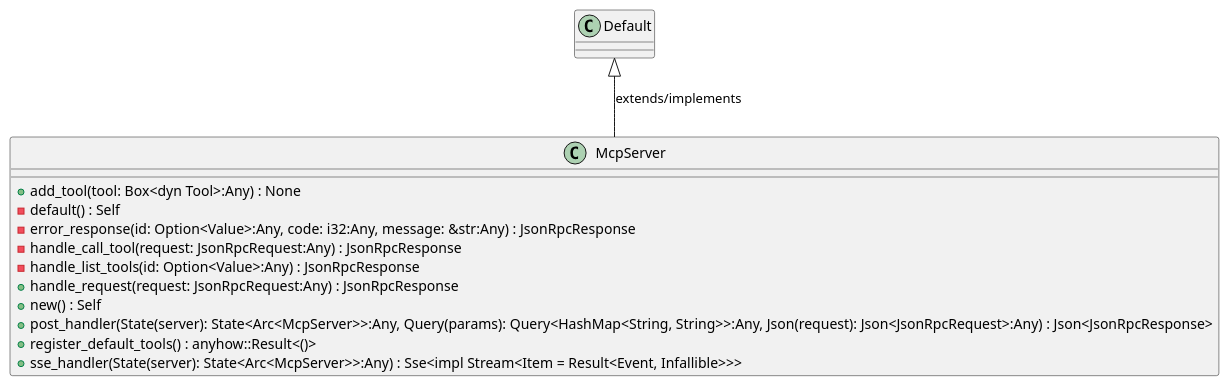
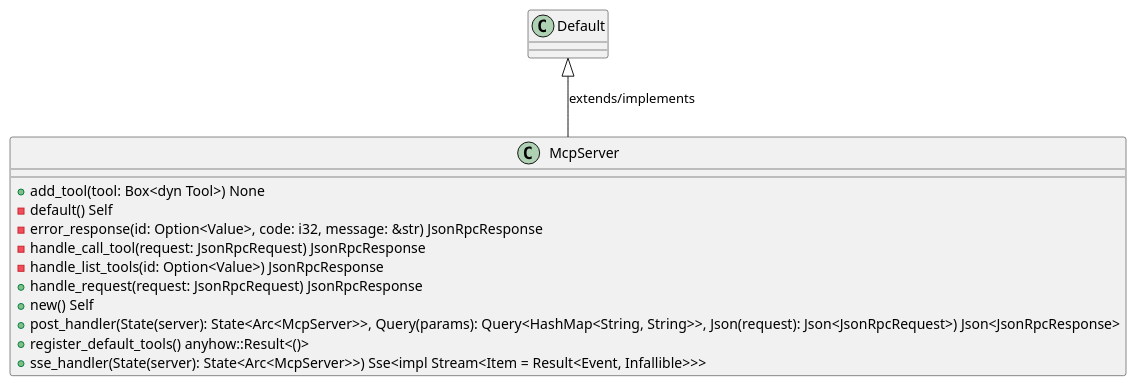
Before and after one commit to lgcorzo/rust_CACD_autonomous_factory: the first of 6 diagrams in openwiki/crates_factory_mcp_server_src_lib.md, drawn with PlantUML. The commit also changed other lines of this file and 97 other files, not shown here.

First line of the commit message:
Fix Rust AST parsing for method and function parameters, and update OKF UML frontmatter

````diff
--- a/openwiki/crates_factory_mcp_server_src_lib.md
+++ b/openwiki/crates_factory_mcp_server_src_lib.md
@@ -239,18 +244,18 @@
 ```plantuml
 @startuml
 class McpServer {
-    +add_tool(tool: Box<dyn Tool>:Any) : None
-    -default() : Self
-    -error_response(id: Option<Value>:Any, code: i32:Any, message: &str:Any) : JsonRpcResponse
-    -handle_call_tool(request: JsonRpcRequest:Any) : JsonRpcResponse
-    -handle_list_tools(id: Option<Value>:Any) : JsonRpcResponse
-    +handle_request(request: JsonRpcRequest:Any) : JsonRpcResponse
-    +new() : Self
-    +post_handler(State(server): State<Arc<McpServer>>:Any, Query(params): Query<HashMap<String, String>>:Any, Json(request): Json<JsonRpcRequest>:Any) : Json<JsonRpcResponse>
-    +register_default_tools() : anyhow::Result<()>
-    +sse_handler(State(server): State<Arc<McpServer>>:Any) : Sse<impl Stream<Item = Result<Event, Infallible>>>
+    +add_tool(tool: Box<dyn Tool>) None
+    -default() Self
+    -error_response(id: Option<Value>, code: i32, message: &str) JsonRpcResponse
+    -handle_call_tool(request: JsonRpcRequest) JsonRpcResponse
+    -handle_list_tools(id: Option<Value>) JsonRpcResponse
+    +handle_request(request: JsonRpcRequest) JsonRpcResponse
+    +new() Self
+    +post_handler(State(server): State<Arc<McpServer>>, Query(params): Query<HashMap<String, String>>, Json(request): Json<JsonRpcRequest>) Json<JsonRpcResponse>
+    +register_default_tools() anyhow::Result<()>
+    +sse_handler(State(server): State<Arc<McpServer>>) Sse<impl Stream<Item = Result<Event, Infallible>>>
 }
 Default <|-- McpServer : extends/implements
 @enduml
 
 ```
````
